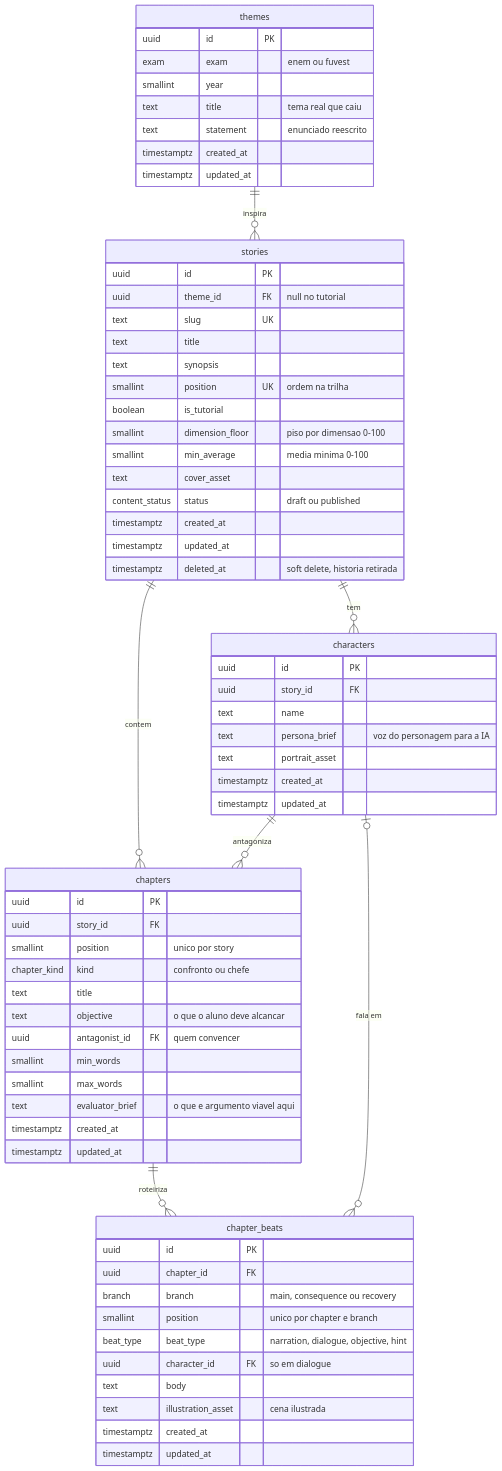
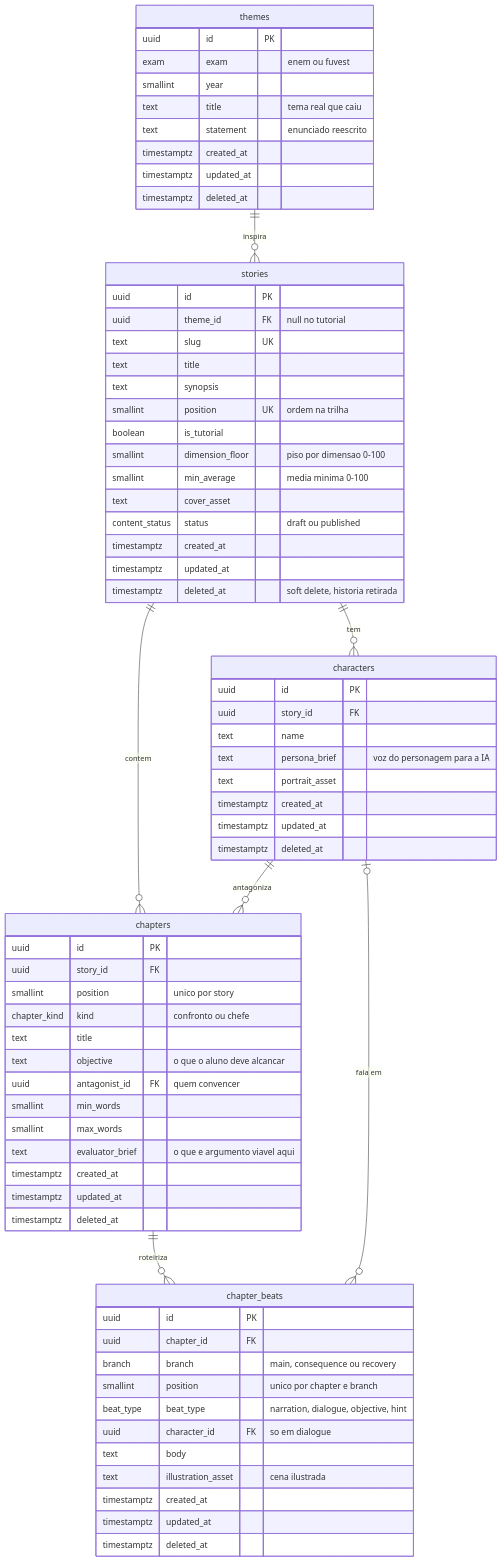
Before and after one commit to kaualimadesouza/argumenta-api: the third of 5 diagrams in docs/DER.md, drawn with Mermaid. The commit also changed other lines of this file, not shown here.

Commit message:
docs: DER v0.5 - universal soft delete, partial uniques on deleted_at

````diff
--- a/docs/DER.md
+++ b/docs/DER.md
@@ -119,69 +128,73 @@
 ```mermaid
 erDiagram
   themes {
     uuid id PK
     exam exam "enem ou fuvest"
     smallint year
     text title "tema real que caiu"
     text statement "enunciado reescrito"
     timestamptz created_at
     timestamptz updated_at
+    timestamptz deleted_at
   }
   stories {
     uuid id PK
     uuid theme_id FK "null no tutorial"
     text slug UK
     text title
     text synopsis
     smallint position UK "ordem na trilha"
     boolean is_tutorial
     smallint dimension_floor "piso por dimensao 0-100"
     smallint min_average "media minima 0-100"
     text cover_asset
     content_status status "draft ou published"
     timestamptz created_at
     timestamptz updated_at
     timestamptz deleted_at "soft delete, historia retirada"
   }
   characters {
     uuid id PK
     uuid story_id FK
     text name
     text persona_brief "voz do personagem para a IA"
     text portrait_asset
     timestamptz created_at
     timestamptz updated_at
+    timestamptz deleted_at
   }
   chapters {
     uuid id PK
     uuid story_id FK
     smallint position "unico por story"
     chapter_kind kind "confronto ou chefe"
     text title
     text objective "o que o aluno deve alcancar"
     uuid antagonist_id FK "quem convencer"
     smallint min_words
     smallint max_words
     text evaluator_brief "o que e argumento viavel aqui"
     timestamptz created_at
     timestamptz updated_at
+    timestamptz deleted_at
   }
   chapter_beats {
     uuid id PK
     uuid chapter_id FK
     branch branch "main, consequence ou recovery"
     smallint position "unico por chapter e branch"
     beat_type beat_type "narration, dialogue, objective, hint"
     uuid character_id FK "so em dialogue"
     text body
     text illustration_asset "cena ilustrada"
     timestamptz created_at
     timestamptz updated_at
+    timestamptz deleted_at
   }
   themes ||--o{ stories : "inspira"
   stories ||--o{ characters : "tem"
   stories ||--o{ chapters : "contem"
   characters ||--o{ chapters : "antagoniza"
   chapters ||--o{ chapter_beats : "roteiriza"
   characters |o--o{ chapter_beats : "fala em"
 ```
````
